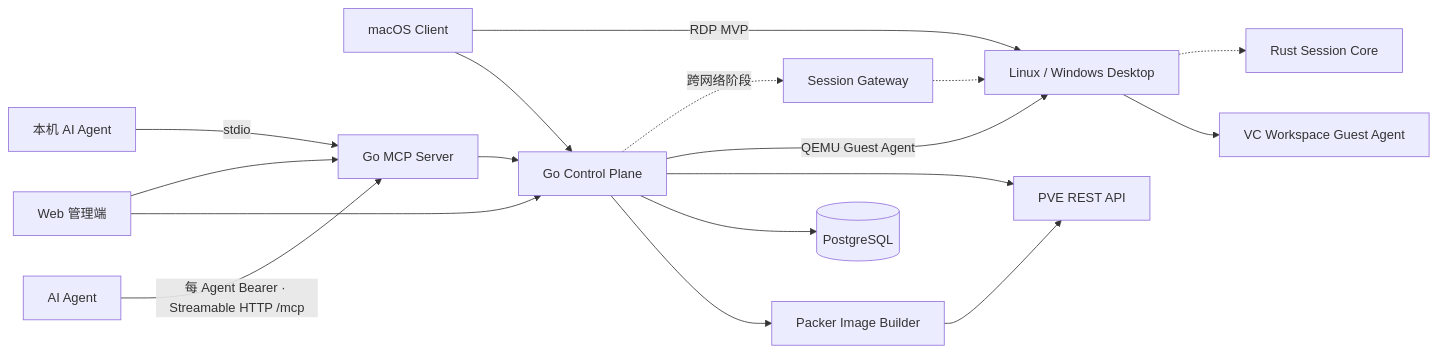
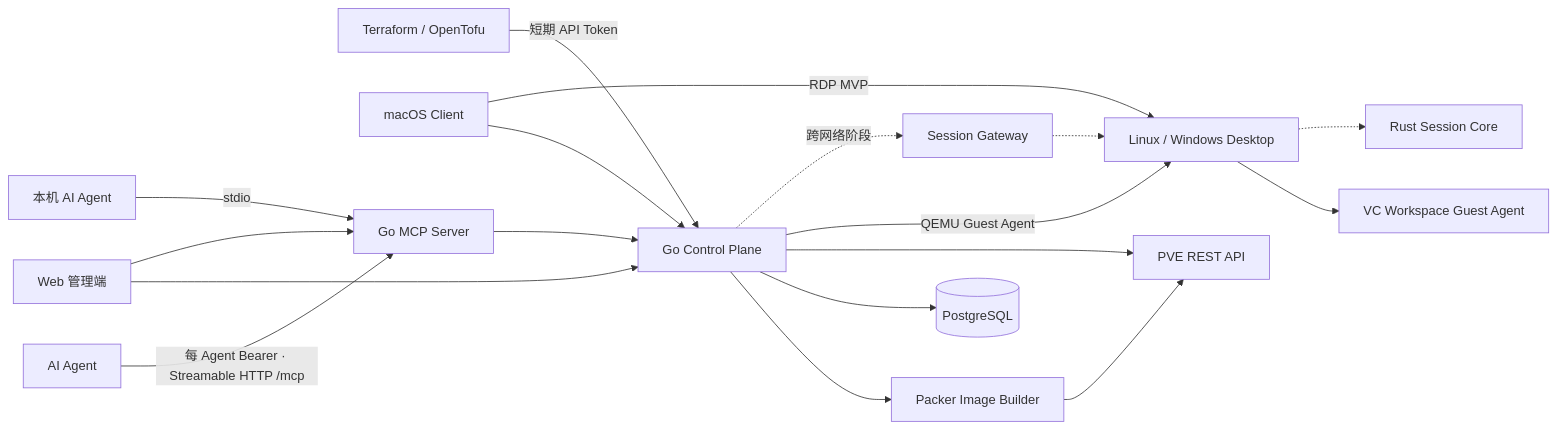
The diagram in docs/architecture/overview.md (Veritas-Calculus/vc-workspace), drawn with Mermaid before and after one commit. The commit also changed other lines of this file and 482 other files, not shown here.

````diff
--- a/docs/architecture/overview.md
+++ b/docs/architecture/overview.md
@@ -9,19 +9,20 @@
 ```mermaid
 flowchart LR
   Web[Web 管理端] --> API[Go Control Plane]
+  IaC[Terraform / OpenTofu] -->|短期 API Token| API
   Mac[macOS Client] --> API
   Agent[AI Agent] -->|每 Agent Bearer · Streamable HTTP /mcp| MCP[Go MCP Server]
   LocalAgent[本机 AI Agent] -->|stdio| MCP[Go MCP Server]
   Web --> MCP
   MCP --> API
   API --> Builder[Packer Image Builder]
   Builder[Packer Image Builder] --> PVE
   API --> DB[(PostgreSQL)]
   API --> PVE[PVE REST API]
   API -->|QEMU Guest Agent| Guest[Linux / Windows Desktop]
   Mac -->|RDP MVP| Guest
   Guest --> GuestAgent[VC Workspace Guest Agent]
   API -. 跨网络阶段 .-> Session[Session Gateway]
   Session -.-> Guest
   Guest -.-> Core[Rust Session Core]
 ```
````
